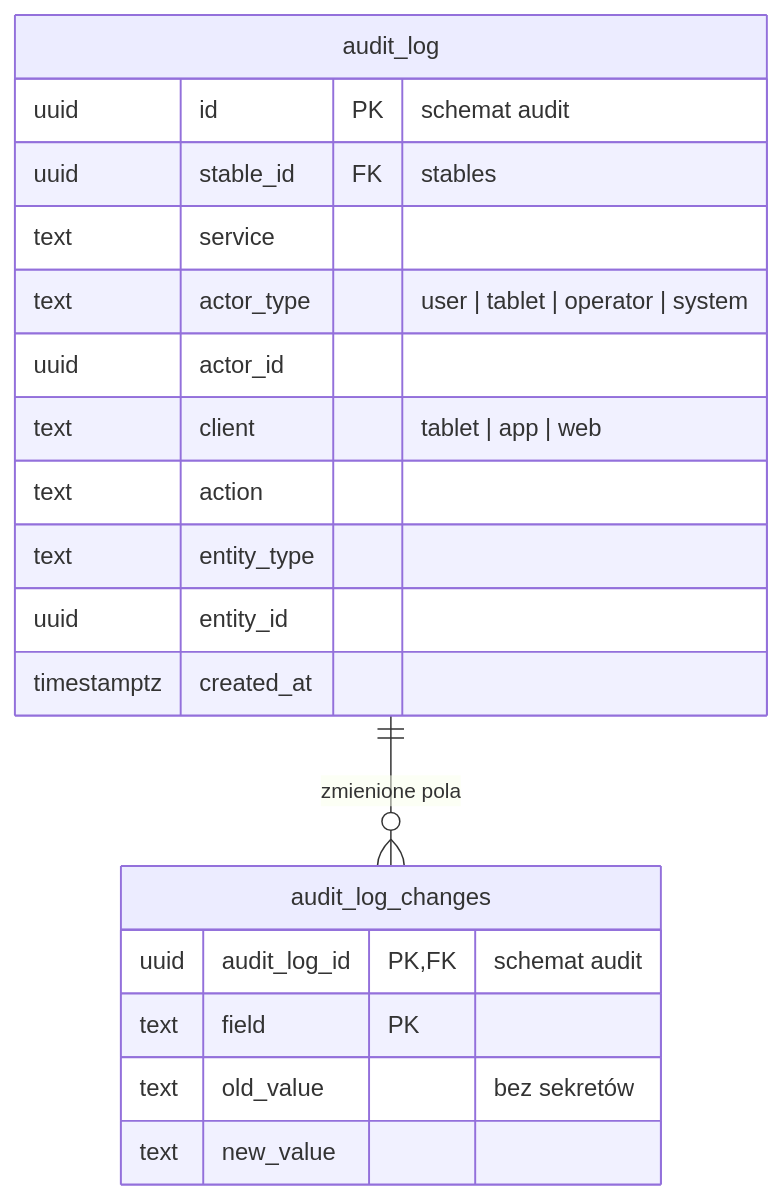
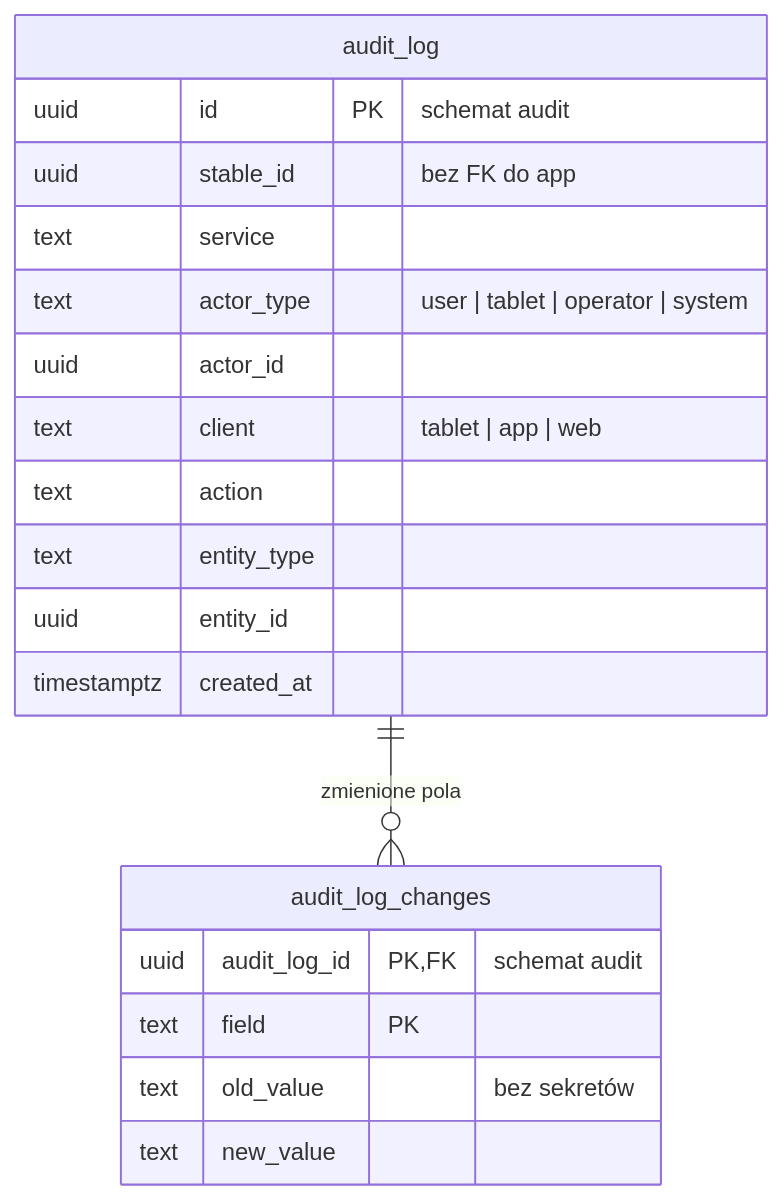
Before and after one commit to ClewlerStudent/KonskaAppka: the second of 2 diagrams in docs/erd.md, drawn with Mermaid. The commit also changed other lines of this file and 1 other file, not shown here.

First line of the commit message:
ERD: drobne poprawki po liście do developmentu

````diff
--- a/docs/erd.md
+++ b/docs/erd.md
@@ -804,22 +804,22 @@
 ```mermaid
 erDiagram
     audit_log {
         uuid id PK "schemat audit"
-        uuid stable_id FK "stables"
+        uuid stable_id "bez FK do app"
         text service
         text actor_type "user | tablet | operator | system"
         uuid actor_id
         text client "tablet | app | web"
         text action
         text entity_type
         uuid entity_id
         timestamptz created_at
     }
     audit_log_changes {
         uuid audit_log_id PK, FK "schemat audit"
         text field PK
         text old_value "bez sekretów"
         text new_value
     }
     audit_log ||--o{ audit_log_changes : "zmienione pola"
 ```
````
